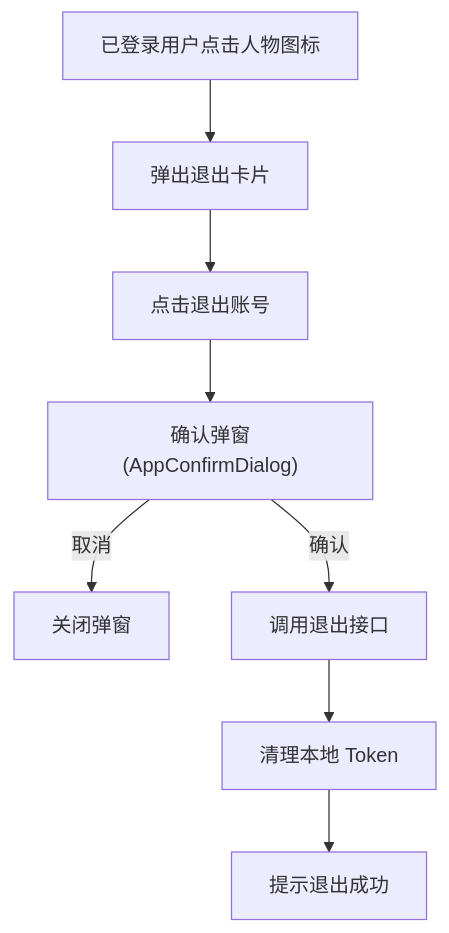
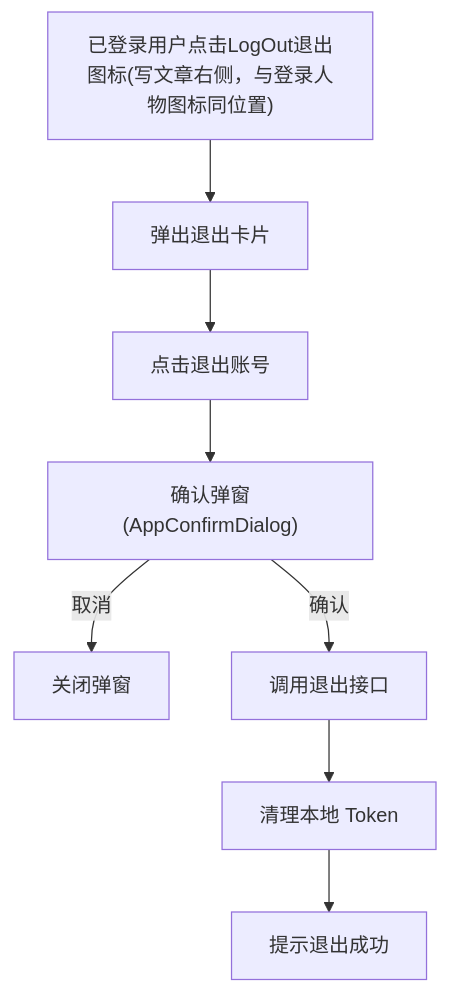
The third of 3 diagrams in V3.0/详细设计/用户认证与权限校验.md (SakuraShiinaMashiro/PersonalBlog-doc), drawn with Mermaid before and after one commit. The commit also changed other lines of this file, not shown here.

````diff
--- a/V3.0/详细设计/用户认证与权限校验.md
+++ b/V3.0/详细设计/用户认证与权限校验.md
@@ -435,10 +437,10 @@
 ```mermaid
 flowchart TD
-    A[已登录用户点击人物图标] --> B[弹出退出卡片]
+    A["已登录用户点击LogOut退出图标(写文章右侧，与登录人物图标同位置)"] --> B[弹出退出卡片]
     B --> C[点击退出账号]
     C --> D["确认弹窗(AppConfirmDialog)"]
     D -->|取消| E[关闭弹窗]
     D -->|确认| F[调用退出接口]
     F --> G[清理本地 Token]
     G --> H[提示退出成功]
 ```
````
